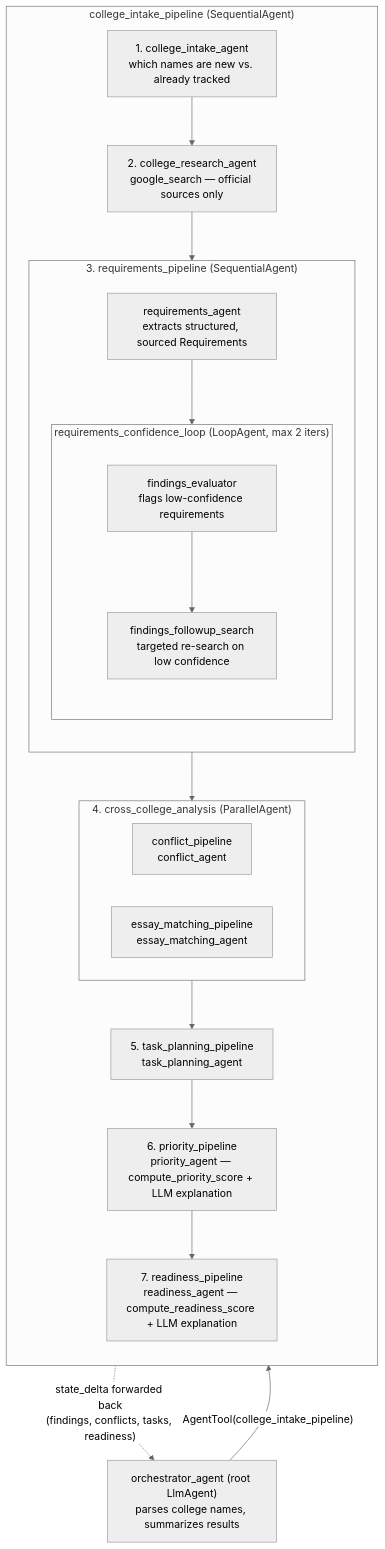
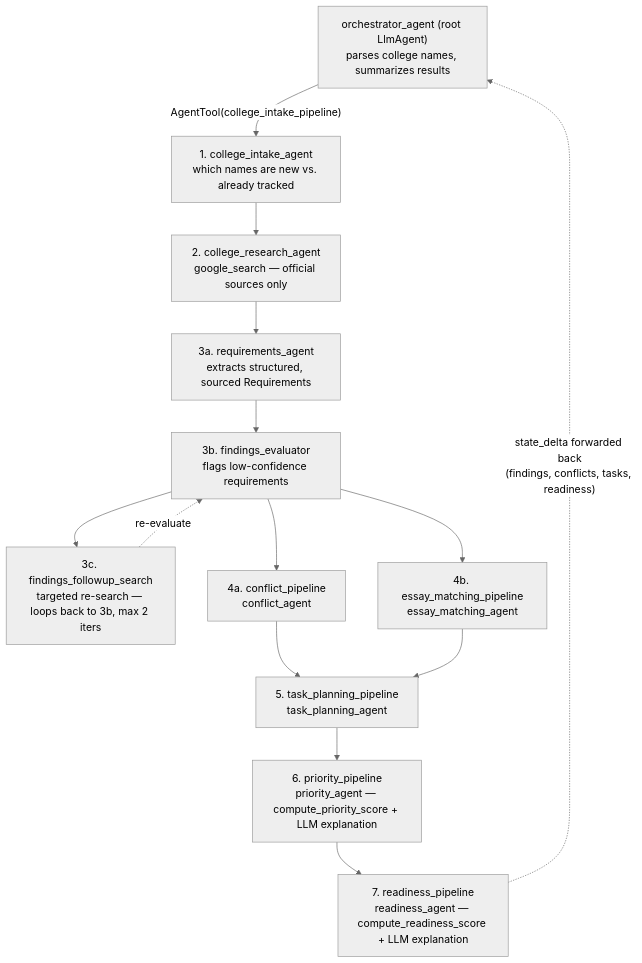
Before and after one commit to vlww/Collegentic: the second of 2 diagrams in docs/architecture-diagram.md, drawn with Mermaid (neutral theme). The commit also changed other lines of this file, not shown here.

Commit message:
Flatten the agent pipeline Mermaid diagram
Three levels of nested subgraphs (Intake > requirements_pipeline >
requirements_confidence_loop) plus a mixed direction TB/LR made the
diagram harder to read than it needed to be for what's a straightforward
linear sequence with one loop-back edge. Flattened to a single level;
verified both diagrams still render correctly via the mermaid-cli
reference renderer (9 and 12 nodes respectively, no errors).

````diff
--- a/docs/architecture-diagram.md
+++ b/docs/architecture-diagram.md
@@ -65,37 +65,26 @@
 ```mermaid
 flowchart TB
     Orchestrator["orchestrator_agent (root LlmAgent)<br/>parses college names, summarizes results"]
 
-    subgraph Intake["college_intake_pipeline (SequentialAgent)"]
-        direction TB
-        Intake1["1. college_intake_agent<br/>which names are new vs. already tracked"]
-        Intake2["2. college_research_agent<br/>google_search — official sources only"]
+    Intake1["1. college_intake_agent<br/>which names are new vs. already tracked"]
+    Intake2["2. college_research_agent<br/>google_search — official sources only"]
+    ReqAgent["3a. requirements_agent<br/>extracts structured, sourced Requirements"]
+    Evaluator["3b. findings_evaluator<br/>flags low-confidence requirements"]
+    Followup["3c. findings_followup_search<br/>targeted re-search — loops back to 3b, max 2 iters"]
+    ConflictP["4a. conflict_pipeline<br/>conflict_agent"]
+    EssayP["4b. essay_matching_pipeline<br/>essay_matching_agent"]
+    Intake5["5. task_planning_pipeline<br/>task_planning_agent"]
+    Intake6["6. priority_pipeline<br/>priority_agent — compute_priority_score + LLM explanation"]
+    Intake7["7. readiness_pipeline<br/>readiness_agent — compute_readiness_score + LLM explanation"]
 
-        subgraph ReqPipeline["3. requirements_pipeline (SequentialAgent)"]
-            direction TB
-            ReqAgent["requirements_agent<br/>extracts structured, sourced Requirements"]
-            subgraph ConfLoop["requirements_confidence_loop (LoopAgent, max 2 iters)"]
-                direction TB
-                Evaluator["findings_evaluator<br/>flags low-confidence requirements"]
-                Followup["findings_followup_search<br/>targeted re-search on low confidence"]
-                Evaluator --> Followup
-            end
-            ReqAgent --> ConfLoop
-        end
-
-        subgraph CrossCollege["4. cross_college_analysis (ParallelAgent)"]
-            direction LR
-            ConflictP["conflict_pipeline<br/>conflict_agent"]
-            EssayP["essay_matching_pipeline<br/>essay_matching_agent"]
-        end
-
-        Intake5["5. task_planning_pipeline<br/>task_planning_agent"]
-        Intake6["6. priority_pipeline<br/>priority_agent — compute_priority_score + LLM explanation"]
-        Intake7["7. readiness_pipeline<br/>readiness_agent — compute_readiness_score + LLM explanation"]
-
-        Intake1 --> Intake2 --> ReqPipeline --> CrossCollege --> Intake5 --> Intake6 --> Intake7
-    end
-
-    Orchestrator -- "AgentTool(college_intake_pipeline)" --> Intake
-    Intake -. "state_delta forwarded back<br/>(findings, conflicts, tasks, readiness)" .-> Orchestrator
+    Orchestrator -- "AgentTool(college_intake_pipeline)" --> Intake1
+    Intake1 --> Intake2 --> ReqAgent --> Evaluator
+    Evaluator --> Followup
+    Followup -. "re-evaluate" .-> Evaluator
+    Evaluator --> ConflictP
+    Evaluator --> EssayP
+    ConflictP --> Intake5
+    EssayP --> Intake5
+    Intake5 --> Intake6 --> Intake7
+    Intake7 -. "state_delta forwarded back<br/>(findings, conflicts, tasks, readiness)" .-> Orchestrator
 ```
````
